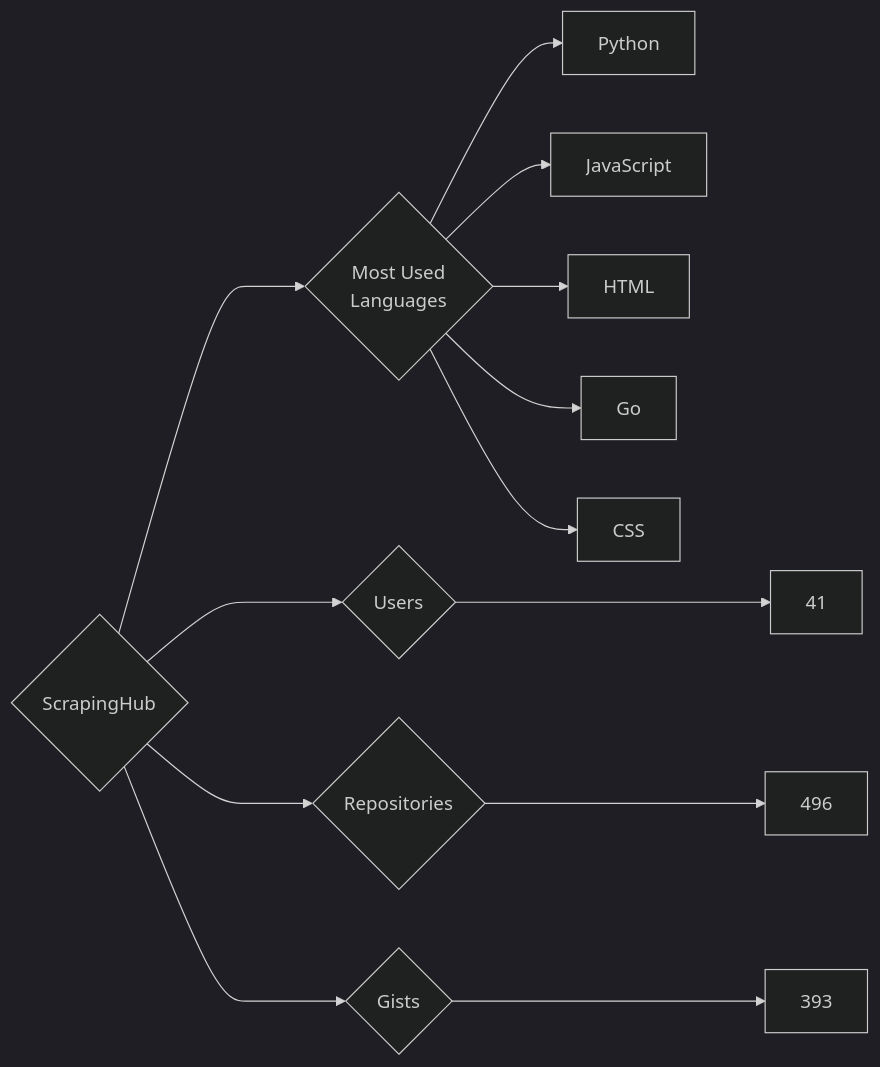
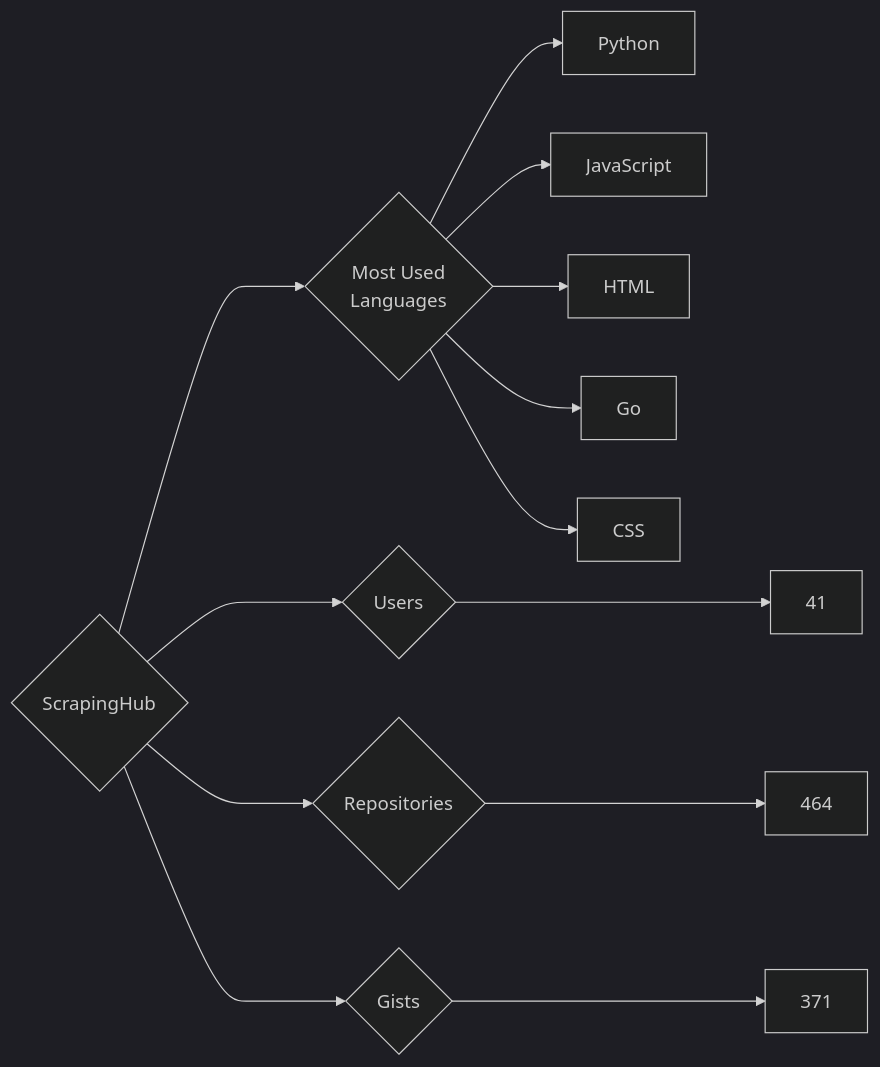
One commit to trickest/insiders changed the diagram in targets/ScrapingHub/README.md. Above: the diagram before and after it, drawn with Mermaid (dark theme). The commit also changed 1696 other files, not shown here.

````diff
--- a/targets/ScrapingHub/README.md
+++ b/targets/ScrapingHub/README.md
@@ -3,13 +3,13 @@
 ```mermaid
 graph LR
 COMPANY_NAME{ScrapingHub}
 COMPANY_NAME ---> U{Users} ---> UN[41]
-COMPANY_NAME ---> R{Repositories} ---> RN[496]
-COMPANY_NAME ---> G{Gists} ---> GN[393]
+COMPANY_NAME ---> R{Repositories} ---> RN[464]
+COMPANY_NAME ---> G{Gists} ---> GN[371]
 COMPANY_NAME ---> ML{Most Used<br>Languages}
 ML --> Python[Python]
 ML --> JavaScript[JavaScript]
 ML --> HTML[HTML]
 ML --> Go[Go]
 ML --> CSS[CSS]
 ```
````
